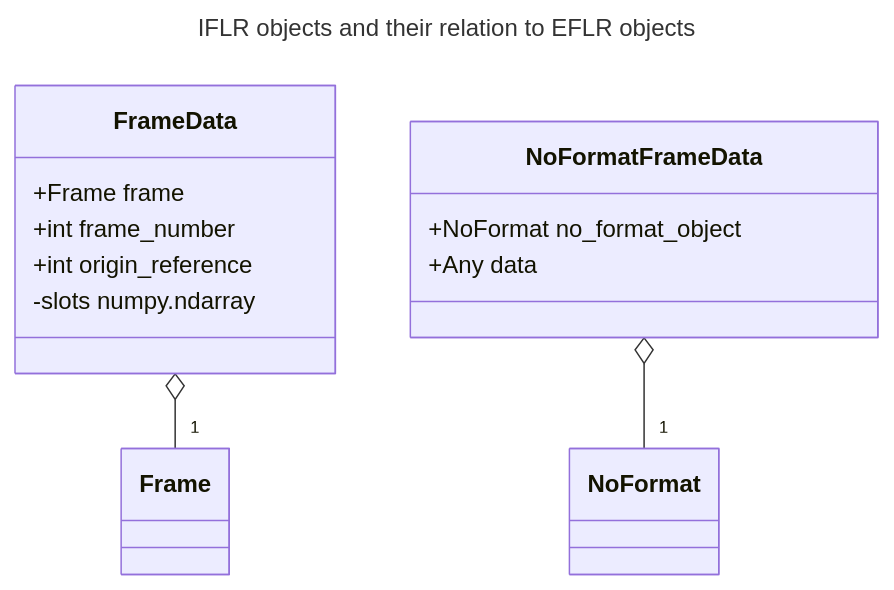
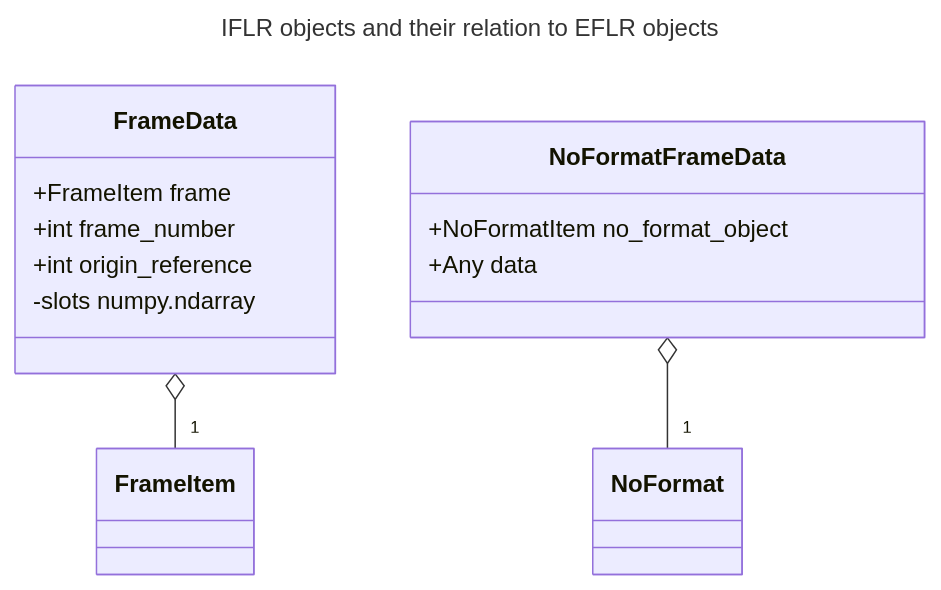
Before and after one commit to well-id/dliswriter: the fifth of 5 diagrams in README.md, drawn with Mermaid. The commit also changed other lines of this file, not shown here.

Commit message:
[README] Updated class names in the class diagrams

````diff
--- a/README.md
+++ b/README.md
@@ -1738,21 +1738,21 @@
 ```mermaid
 ---
 title: IFLR objects and their relation to EFLR objects
 ---
 classDiagram
-    FrameData o-- "1" Frame
+    FrameData o-- "1" FrameItem
     NoFormatFrameData o-- "1" NoFormat
     
     class FrameData{
-        +Frame frame
+        +FrameItem frame
         +int frame_number
         +int origin_reference
         -slots numpy.ndarray
     }
     
     class NoFormatFrameData{
-        +NoFormat no_format_object
+        +NoFormatItem no_format_object
         +Any data
     }
     
 ```
````
